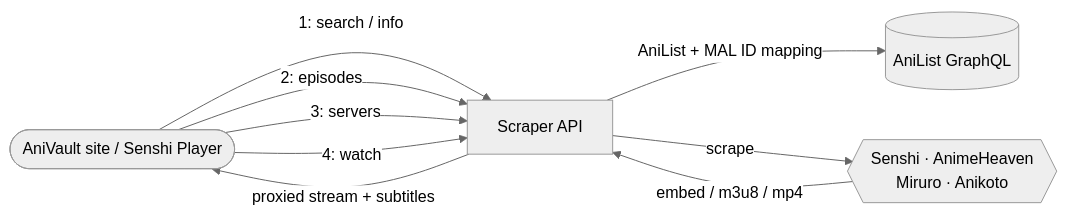
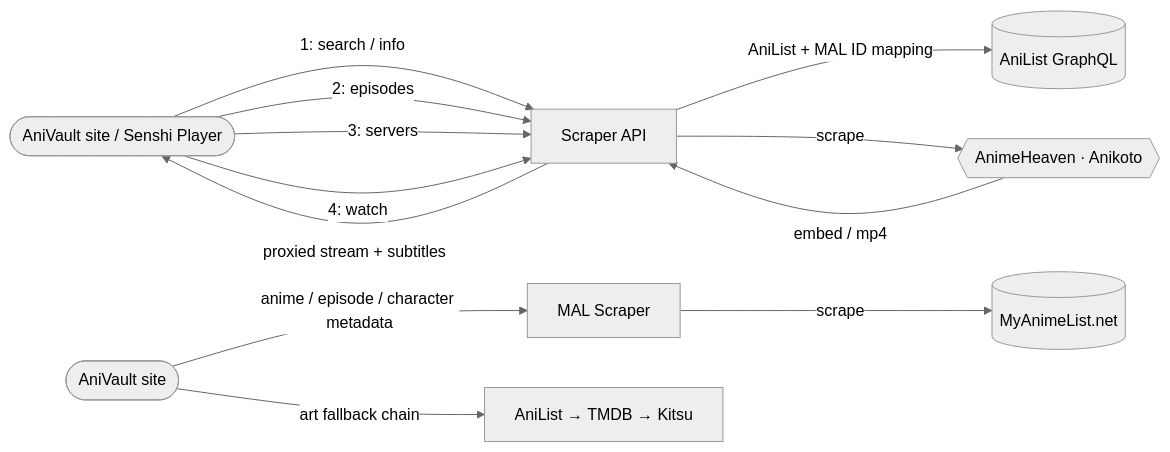
Before and after one commit to SH0MIK/Anivault-Scraper-beta: the diagram in README.md, drawn with Mermaid (neutral theme). The commit also changed other lines of this file, not shown here.

First line of the commit message:
Revise README for improved API documentation

````diff
--- a/README.md
+++ b/README.md
@@ -17,11 +19,15 @@
 ```mermaid
 flowchart LR
     Client([AniVault site / Senshi Player]) -->|1: search / info| API[Scraper API]
     API -->|AniList + MAL ID mapping| AniList[(AniList GraphQL)]
     Client -->|2: episodes| API
     Client -->|3: servers| API
     Client -->|4: watch| API
-    API -->|scrape| Sources{{Senshi · AnimeHeaven<br/>Miruro · Anikoto}}
-    Sources -->|embed / m3u8 / mp4| API
+    API -->|scrape| Sources{{AnimeHeaven · Anikoto}}
+    Sources -->|embed / mp4| API
     API -->|proxied stream + subtitles| Client
+
+    Client2([AniVault site]) -->|anime / episode / character metadata| MAL[MAL Scraper]
+    MAL -->|scrape| MyAnimeList[(MyAnimeList.net)]
+    Client2 -->|art fallback chain| Art[AniList → TMDB → Kitsu]
 ```
````
